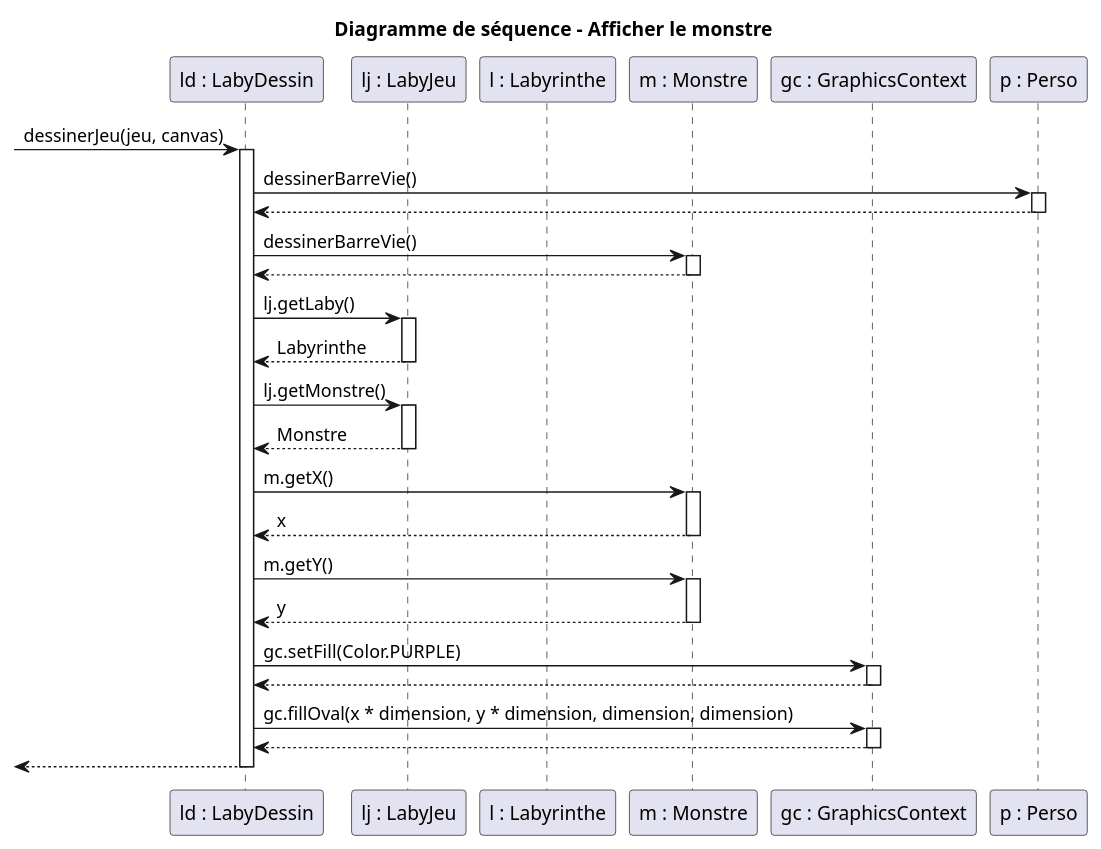
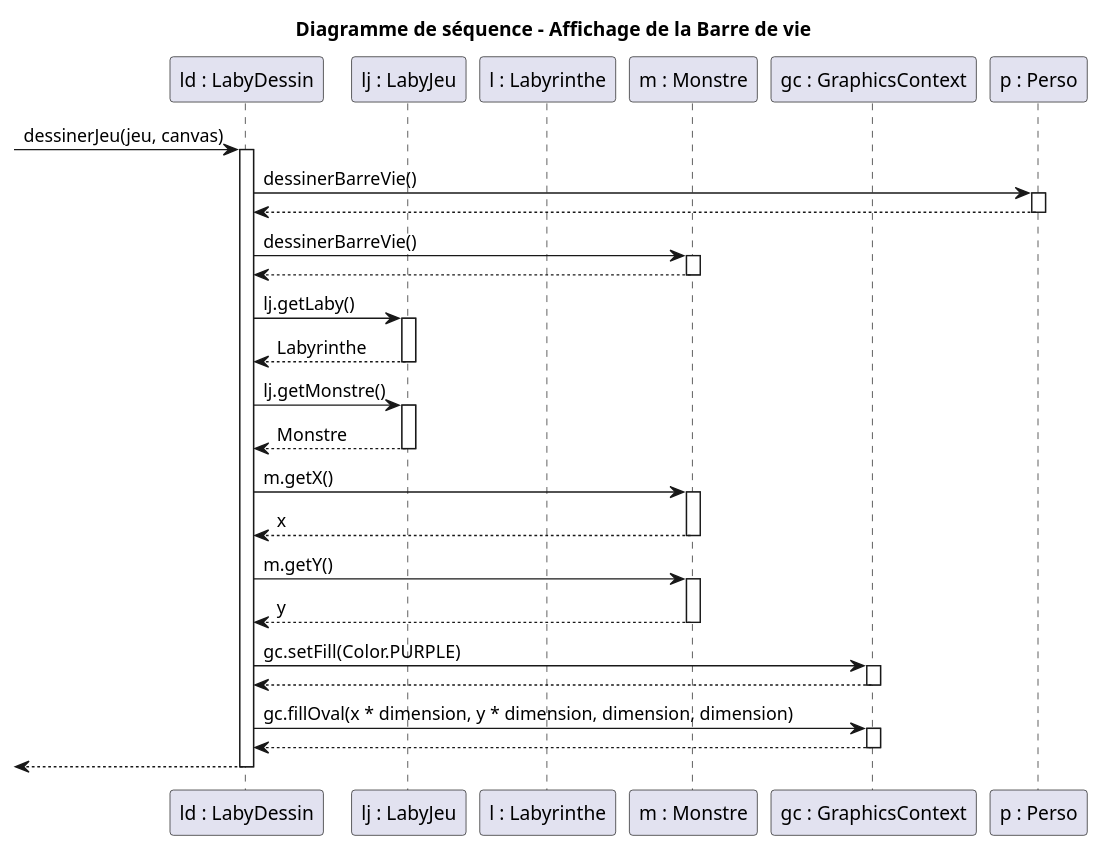
One commit to Fhm11/Projet_Zeldiablo changed the diagram in documents/version_5/1_Premiere_fonctionnalitee_diagSeq.PUML. Above: the diagram before and after it, drawn with PlantUML. The commit also changed 12 other files, not shown here.

Commit message:
correction de beaucoup de diagramme

```diff
--- a/documents/version_5/1_Premiere_fonctionnalitee_diagSeq.PUML
+++ b/documents/version_5/1_Premiere_fonctionnalitee_diagSeq.PUML
@@ -1,53 +1,53 @@
 @startuml
-title Diagramme de séquence – Afficher le monstre
+title Diagramme de séquence – Affichage de la Barre de vie 
 
 participant "ld : LabyDessin" as D
 participant "lj : LabyJeu" as J
 participant "l : Labyrinthe" as L
 participant "m : Monstre" as M
 participant "gc : GraphicsContext" as GC
 participant "p : Perso" as P
 
 -> D : dessinerJeu(jeu, canvas)
 activate D
 D -> P :dessinerBarreVie()
 activate P
 P --> D
 deactivate P
 D -> M :dessinerBarreVie()
 activate M
 M --> D
 deactivate M
 D -> J : lj.getLaby()
 activate J
 J --> D : Labyrinthe
 deactivate J
 
 D -> J : lj.getMonstre()
 activate J
 J --> D : Monstre
 deactivate J
 
 D -> M : m.getX()
 activate M
 M --> D : x
 deactivate M
 
 D -> M : m.getY()
 activate M
 M --> D : y
 deactivate M
 
 D -> GC : gc.setFill(Color.PURPLE)
 activate GC
 GC --> D
 deactivate GC
 
 D -> GC : gc.fillOval(x * dimension, y * dimension, dimension, dimension)
 activate GC
 GC --> D
 deactivate GC
 <-- D
 deactivate D
 
 @enduml
```
